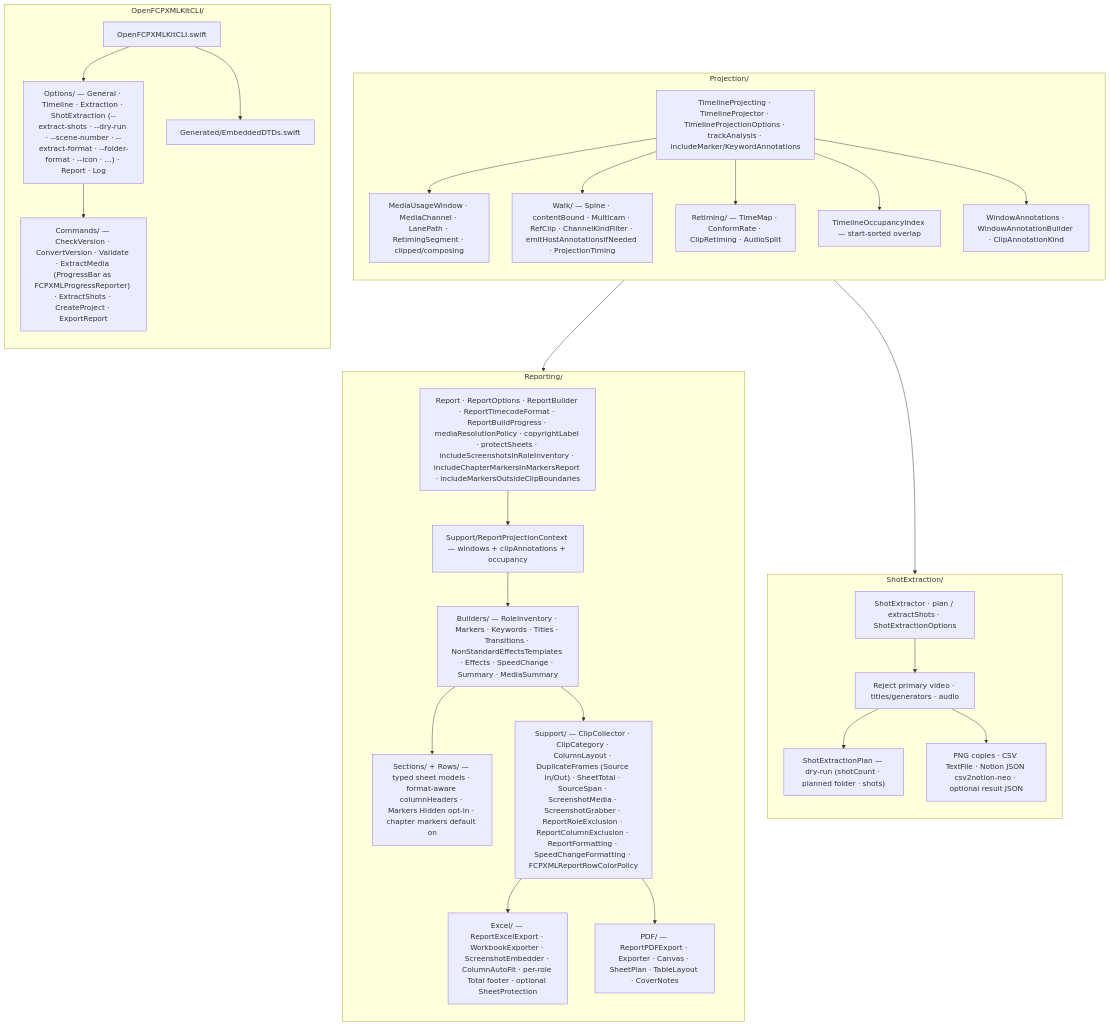
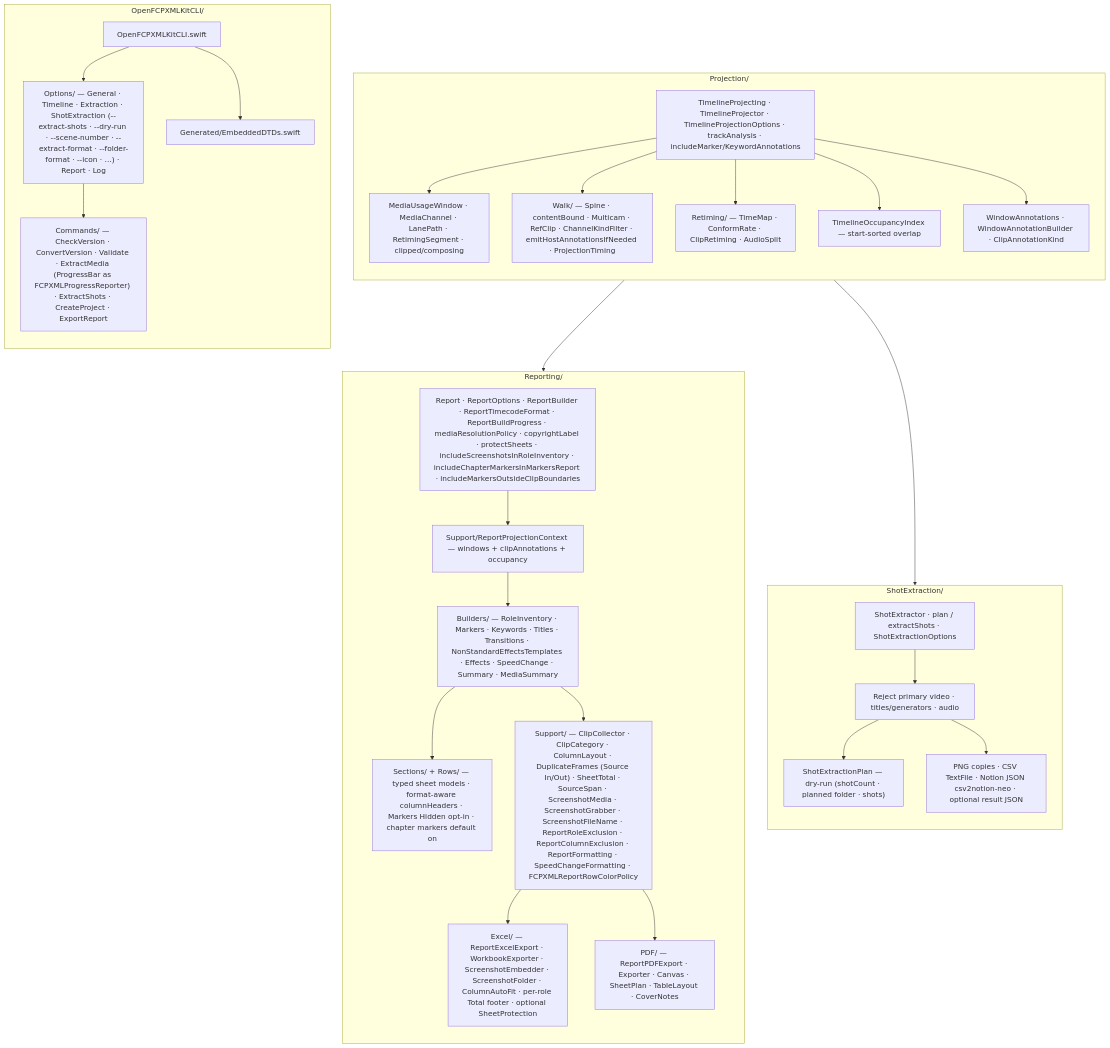
The fifth of 6 diagrams in ARCHITECTURE.md (TheAcharya/OpenFCPXMLKit), drawn with Mermaid before and after one commit. The commit also changed other lines of this file and 15 other files, not shown here.

First line of the commit message:
Sync Role Inventory screenshot docs with the sibling PNG folder.

````diff
--- a/ARCHITECTURE.md
+++ b/ARCHITECTURE.md
@@ -348,56 +348,56 @@
 ```mermaid
 flowchart TB
     subgraph PRJ_DETAIL["Projection/"]
         direction TB
         P_API["TimelineProjecting · TimelineProjector · TimelineProjectionOptions · trackAnalysis · includeMarker/KeywordAnnotations"]
         P_WIN["MediaUsageWindow · MediaChannel · LanePath · RetimingSegment · clipped/composing"]
         P_WALK["Walk/ — Spine · contentBound · Multicam · RefClip · ChannelKindFilter · emitHostAnnotationsIfNeeded · ProjectionTiming"]
         P_RET["Retiming/ — TimeMap · ConformRate · ClipRetiming · AudioSplit"]
         P_OCC["TimelineOccupancyIndex — start-sorted overlap"]
         P_ANN["WindowAnnotations · WindowAnnotationBuilder · ClipAnnotationKind"]
         P_API --> P_WIN
         P_API --> P_WALK
         P_API --> P_RET
         P_API --> P_OCC
         P_API --> P_ANN
     end
 
     subgraph REP_DETAIL["Reporting/"]
         direction TB
         R_TOP["Report · ReportOptions · ReportBuilder · ReportTimecodeFormat · ReportBuildProgress · mediaResolutionPolicy · copyrightLabel · protectSheets · includeScreenshotsInRoleInventory · includeChapterMarkersInMarkersReport · includeMarkersOutsideClipBoundaries"]
         R_CTX["Support/ReportProjectionContext — windows + clipAnnotations + occupancy"]
         R_BLD["Builders/ — RoleInventory · Markers · Keywords · Titles · Transitions · NonStandardEffectsTemplates · Effects · SpeedChange · Summary · MediaSummary"]
         R_SEC["Sections/ + Rows/ — typed sheet models · format-aware columnHeaders · Markers Hidden opt-in · chapter markers default on"]
-        R_SUP["Support/ — ClipCollector · ClipCategory · ColumnLayout · DuplicateFrames (Source In/Out) · SheetTotal · SourceSpan · ScreenshotMedia · ScreenshotGrabber · ReportRoleExclusion · ReportColumnExclusion · ReportFormatting · SpeedChangeFormatting · FCPXMLReportRowColorPolicy"]
-        R_XLS["Excel/ — ReportExcelExport · WorkbookExporter · ScreenshotEmbedder · ColumnAutoFit · per-role Total footer · optional SheetProtection"]
+        R_SUP["Support/ — ClipCollector · ClipCategory · ColumnLayout · DuplicateFrames (Source In/Out) · SheetTotal · SourceSpan · ScreenshotMedia · ScreenshotGrabber · ScreenshotFileName · ReportRoleExclusion · ReportColumnExclusion · ReportFormatting · SpeedChangeFormatting · FCPXMLReportRowColorPolicy"]
+        R_XLS["Excel/ — ReportExcelExport · WorkbookExporter · ScreenshotEmbedder · ScreenshotFolder · ColumnAutoFit · per-role Total footer · optional SheetProtection"]
         R_PDF["PDF/ — ReportPDFExport · Exporter · Canvas · SheetPlan · TableLayout · CoverNotes"]
         R_TOP --> R_CTX --> R_BLD --> R_SEC
         R_BLD --> R_SUP
         R_SUP --> R_XLS
         R_SUP --> R_PDF
     end
 
     PRJ_DETAIL --> REP_DETAIL
     PRJ_DETAIL --> SHOT_DETAIL
 
     subgraph SHOT_DETAIL["ShotExtraction/"]
         direction TB
         S_API["ShotExtractor · plan / extractShots · ShotExtractionOptions"]
         S_PLAN["ShotExtractionPlan — dry-run (shotCount · planned folder · shots)"]
         S_VAL["Reject primary video · titles/generators · audio"]
         S_OUT["PNG copies · CSV TextFile · Notion JSON csv2notion-neo · optional result JSON"]
         S_API --> S_VAL
         S_VAL --> S_PLAN
         S_VAL --> S_OUT
     end
 
     subgraph CLI_DETAIL["OpenFCPXMLKitCLI/"]
         direction TB
         C_ROOT["OpenFCPXMLKitCLI.swift"]
         C_OPT["Options/ — General · Timeline · Extraction · ShotExtraction (--extract-shots · --dry-run · --scene-number · --extract-format · --folder-format · --icon · …) · Report · Log"]
         C_CMD["Commands/ — CheckVersion · ConvertVersion · Validate · ExtractMedia (ProgressBar as FCPXMLProgressReporter) · ExtractShots · CreateProject · ExportReport"]
         C_GEN["Generated/EmbeddedDTDs.swift"]
         C_ROOT --> C_OPT --> C_CMD
         C_ROOT --> C_GEN
     end
 ```
````
